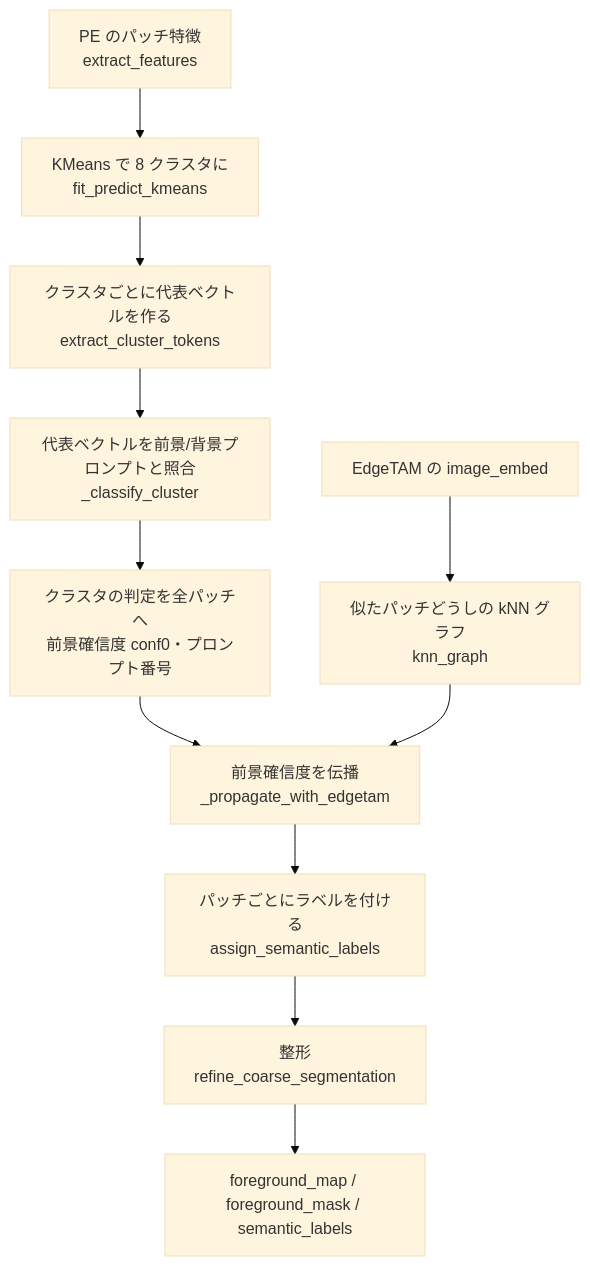
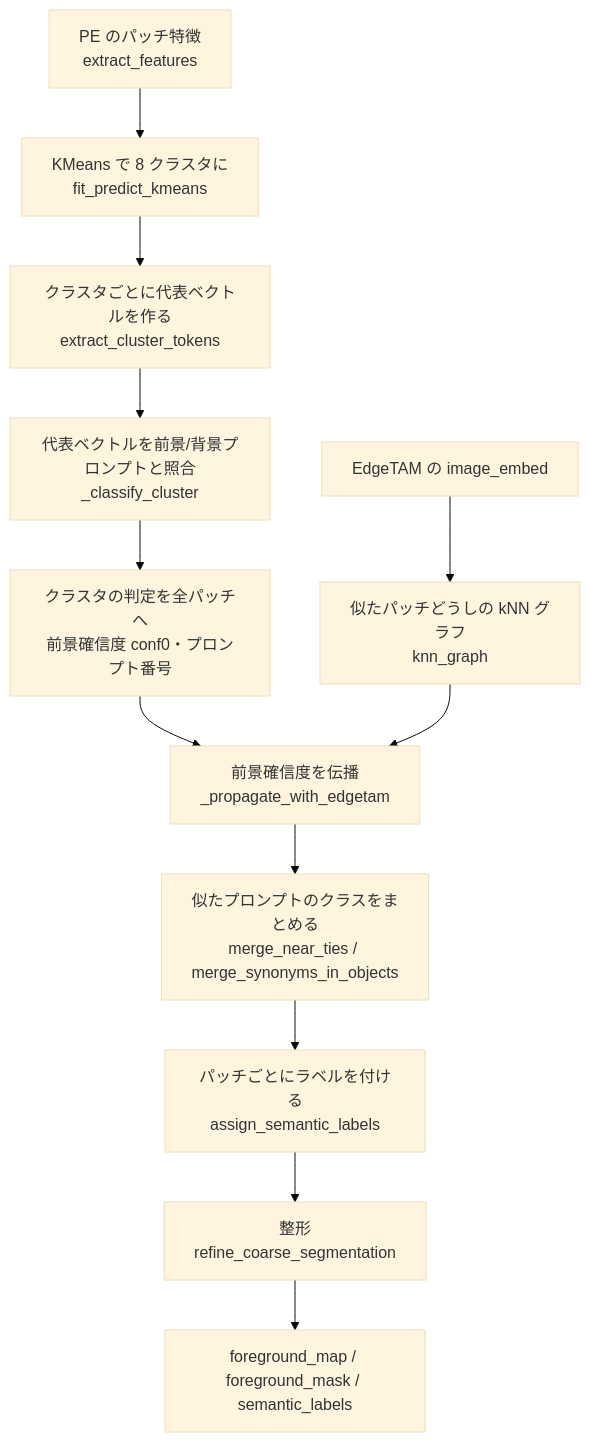
The first of 5 diagrams in docs/coarse_segmentation.md (fklg-64/pe_anything_detect), drawn with Mermaid (base theme) before and after one commit. The commit also changed other lines of this file and 19 other files, not shown here.

````diff
--- a/docs/coarse_segmentation.md
+++ b/docs/coarse_segmentation.md
@@ -15,13 +15,14 @@
 ```mermaid
 flowchart TD
     F["PE のパッチ特徴<br/>extract_features"] --> K["KMeans で 8 クラスタに<br/>fit_predict_kmeans"]
     K --> T["クラスタごとに代表ベクトルを作る<br/>extract_cluster_tokens"]
     T --> J["代表ベクトルを前景/背景プロンプトと照合<br/>_classify_cluster"]
     J --> M["クラスタの判定を全パッチへ<br/>前景確信度 conf0・プロンプト番号"]
     E["EdgeTAM の image_embed"] --> G["似たパッチどうしの kNN グラフ<br/>knn_graph"]
     M --> P["前景確信度を伝播<br/>_propagate_with_edgetam"]
     G --> P
-    P --> L["パッチごとにラベルを付ける<br/>assign_semantic_labels"]
+    P --> S["似たプロンプトのクラスをまとめる<br/>merge_near_ties / merge_synonyms_in_objects"]
+    S --> L["パッチごとにラベルを付ける<br/>assign_semantic_labels"]
     L --> R["整形<br/>refine_coarse_segmentation"]
     R --> O["foreground_map / foreground_mask / semantic_labels"]
 ```
````
